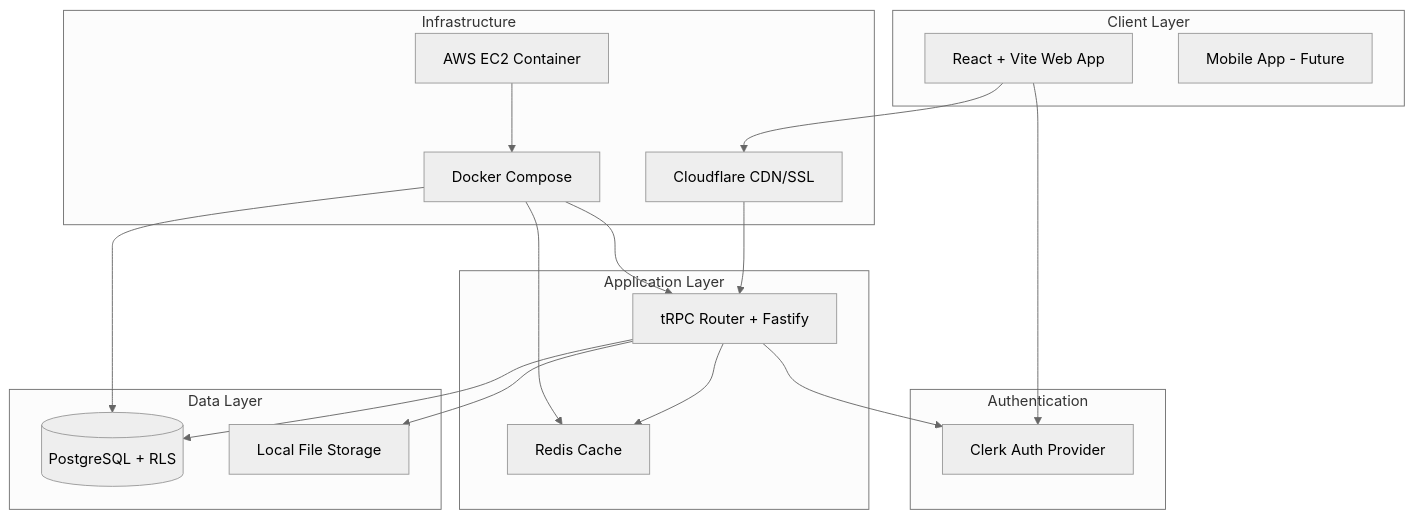
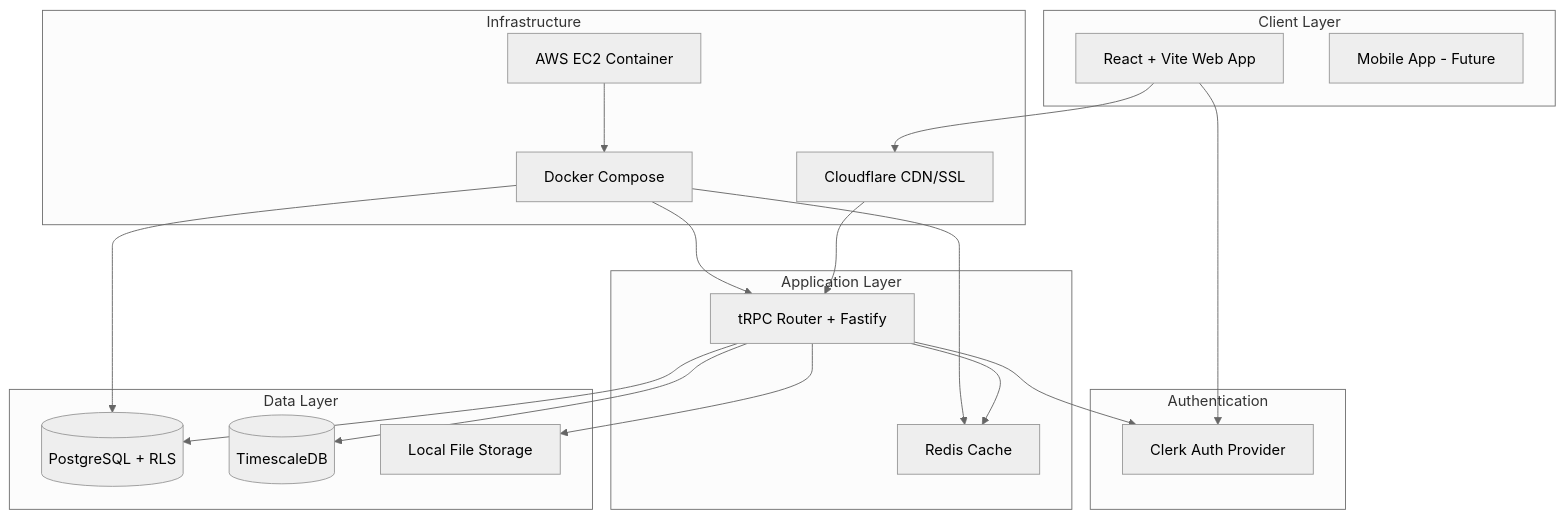
The first of 4 diagrams in docs/rooted-planner/ARCH.md (newrootedgit/Rooted-Web-App), drawn with Mermaid (neutral theme) before and after one commit. The commit also changed other lines of this file and 4 other files, not shown here.

First line of the commit message:
docs: update README and architecture docs to reflect database split

````diff
--- a/docs/rooted-planner/ARCH.md
+++ b/docs/rooted-planner/ARCH.md
@@ -7,39 +7,41 @@
 ```mermaid
 graph TB
     subgraph "Client Layer"
         WEB[React + Vite Web App]
         MOBILE[Mobile App - Future]
     end
     
     subgraph "Authentication"
         CLERK[Clerk Auth Provider]
     end
     
     subgraph "Application Layer"
         tRPC[tRPC Router + Fastify]
         CACHE[Redis Cache]
     end
     
     subgraph "Data Layer"
         DB[(PostgreSQL + RLS)]
+        TIMESCALE[(TimescaleDB)]
         FILES[Local File Storage]
     end
     
     subgraph "Infrastructure"
         CF[Cloudflare CDN/SSL]
         EC2[AWS EC2 Container]
         DOCKER[Docker Compose]
     end
     
     WEB --> CF
     CF --> tRPC
     WEB --> CLERK
     tRPC --> CLERK
     tRPC --> CACHE
     tRPC --> DB
+    tRPC --> TIMESCALE
     tRPC --> FILES
     EC2 --> DOCKER
     DOCKER --> tRPC
     DOCKER --> DB
     DOCKER --> CACHE
 ```
````
